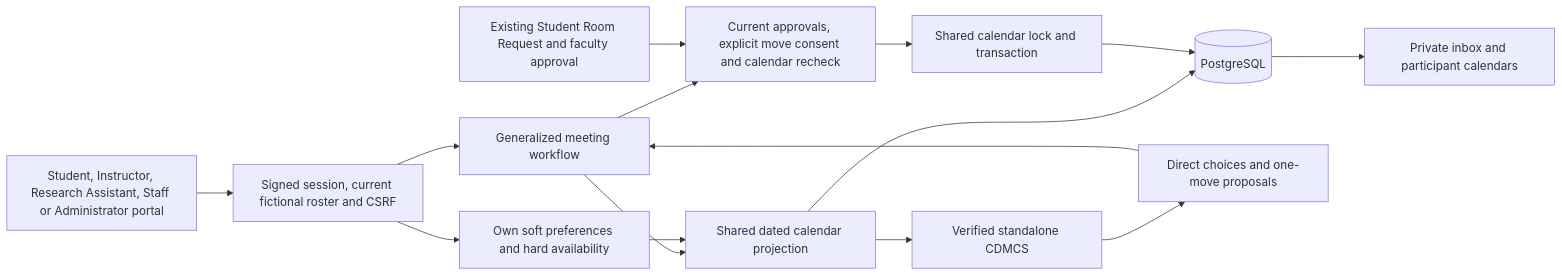
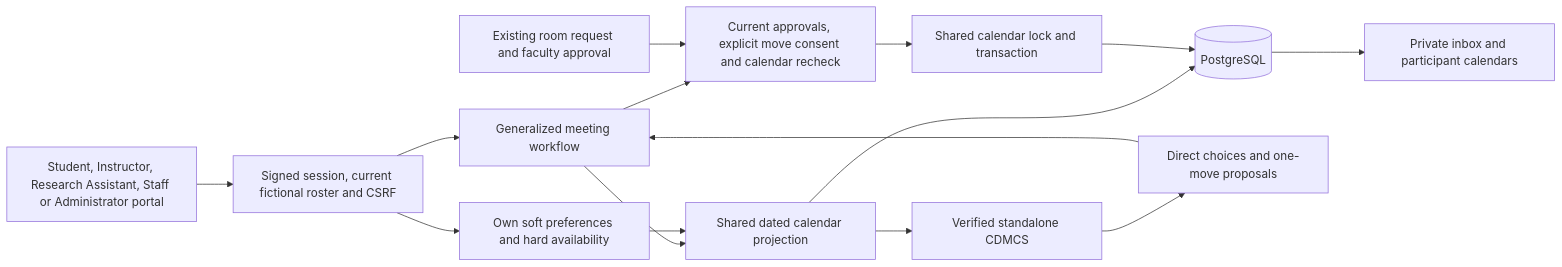
Before and after one commit to najib-attar/resource-allocation-system: the first of 2 diagrams in docs/research/cdmcs-rehearsal/group-meeting-architecture.md, drawn with Mermaid. The commit also changed other lines of this file and 37 other files, not shown here.

````diff
--- a/docs/research/cdmcs-rehearsal/group-meeting-architecture.md
+++ b/docs/research/cdmcs-rehearsal/group-meeting-architecture.md
@@ -13,17 +13,17 @@
 ```mermaid
 flowchart LR
     P["Student, Instructor, Research Assistant, Staff or Administrator portal"] --> A["Signed session, current fictional roster and CSRF"]
     A --> M["Generalized meeting workflow"]
     A --> S["Own soft preferences and hard availability"]
     M --> C["Shared dated calendar projection"]
     S --> C
     C --> D[("PostgreSQL")]
     C --> O["Verified standalone CDMCS"]
     O --> E["Direct choices and one-move proposals"]
     E --> M
     M --> V["Current approvals, explicit move consent and calendar recheck"]
-    R["Existing Student Room Request and faculty approval"] --> V
+    R["Existing room request and faculty approval"] --> V
     V --> T["Shared calendar lock and transaction"]
     T --> D
     D --> I["Private inbox and participant calendars"]
 ```
````
